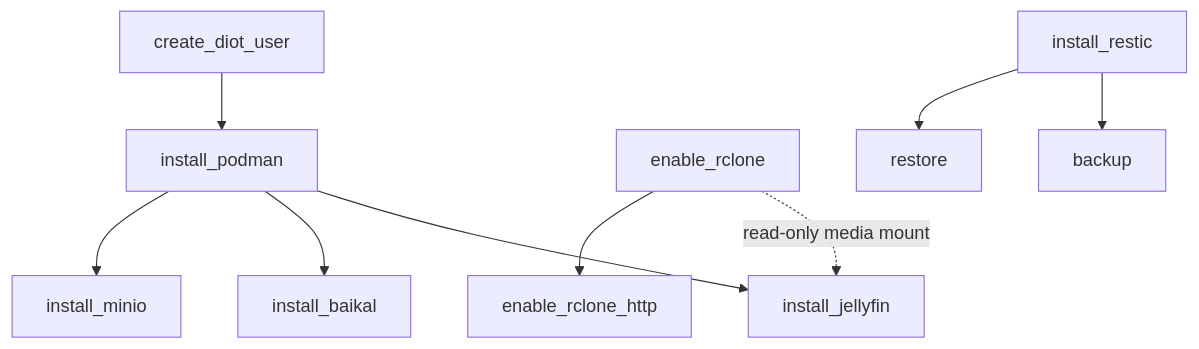
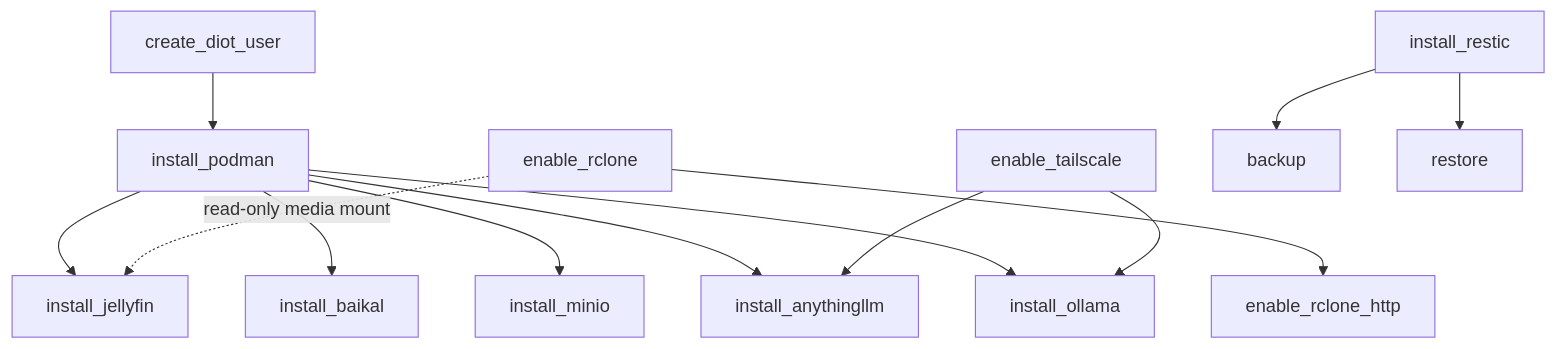
Before and after one commit to BinaryBand/strata: the diagram in docs/ARCHITECTURE.md, drawn with Mermaid. The commit also changed 6 other files, not shown here.

````diff
--- a/docs/ARCHITECTURE.md
+++ b/docs/ARCHITECTURE.md
@@ -110,11 +110,15 @@
 ```mermaid
 flowchart TD
     diot[create_diot_user] --> podman[install_podman]
     podman --> jellyfin[install_jellyfin]
     rclone[enable_rclone] -. read-only media mount .-> jellyfin
     rclone --> rclone_http[enable_rclone_http]
     podman --> baikal[install_baikal]
     podman --> minio[install_minio]
+    podman --> anythingllm[install_anythingllm]
+    tailscale[enable_tailscale] --> anythingllm
+    podman --> ollama[install_ollama]
+    tailscale --> ollama
     restic[install_restic] --> backup[backup]
     restic --> restore[restore]
 ```
````
